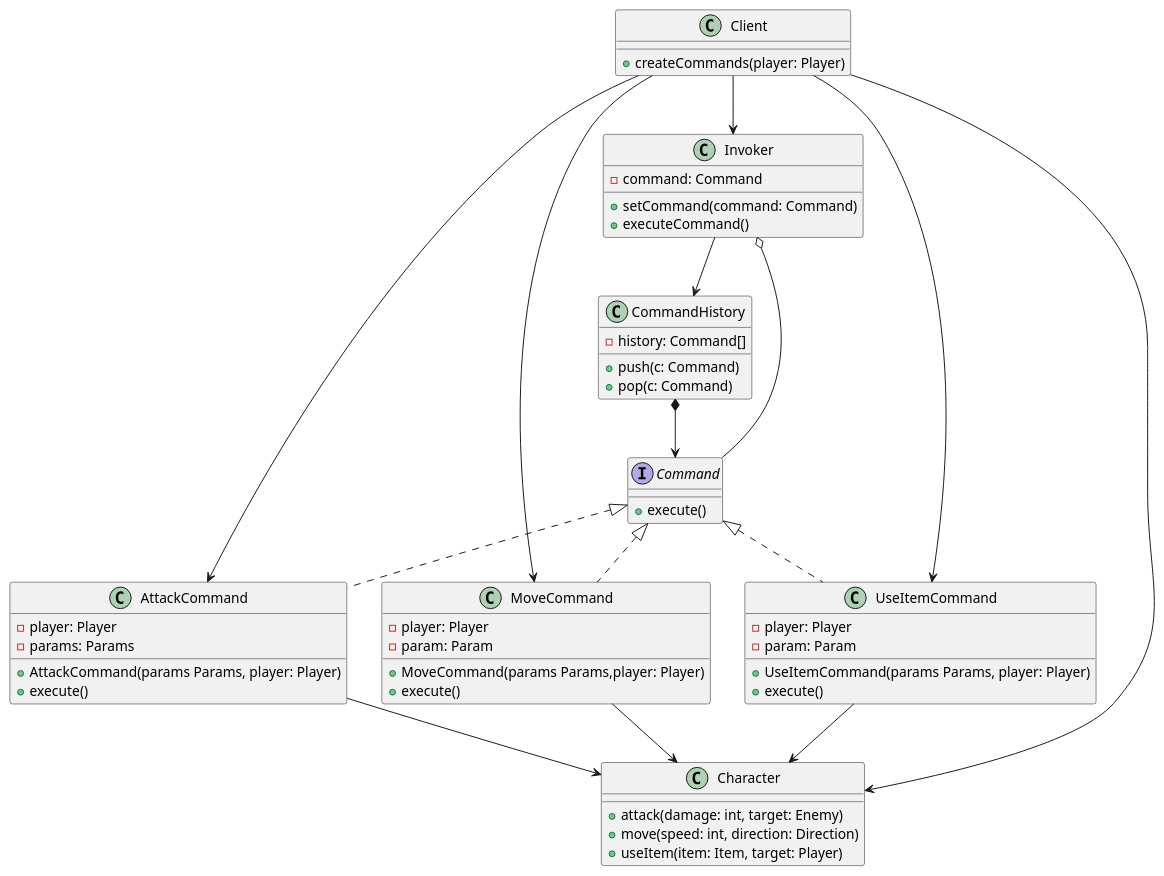
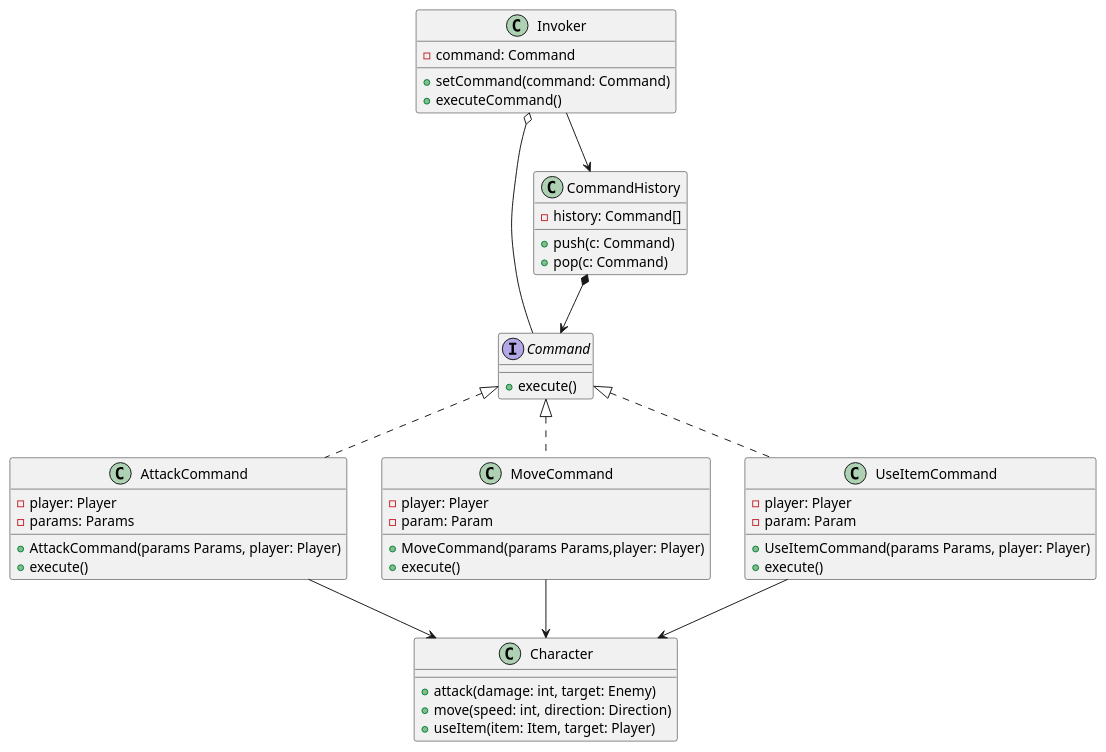
Before and after one commit to project-survivor/documentation: the diagram in UML/Command/player.command.plantuml, drawn with PlantUML. The commit also changed 11 other files, not shown here.

```diff
--- a/UML/Command/player.command.plantuml
+++ b/UML/Command/player.command.plantuml
@@ -1,63 +1,53 @@
 @startuml
 interface Command {
     + execute()
 }
 
 class AttackCommand implements Command {
     - player: Player
     - params: Params
     + AttackCommand(params Params, player: Player)
     + execute()
 }
 
 class MoveCommand implements Command {
     - player: Player
     - param: Param
     + MoveCommand(params Params,player: Player)
     + execute()
 }
 
 class UseItemCommand implements Command {
     - player: Player
     - param: Param
     + UseItemCommand(params Params, player: Player)
     + execute()
 }
 
 class Character {
     + attack(damage: int, target: Enemy)
     + move(speed: int, direction: Direction)
     + useItem(item: Item, target: Player)
 }
 
 class Invoker {
     - command: Command
     + setCommand(command: Command)
     + executeCommand()
 }
 
-class Client {
-    + createCommands(player: Player)
-}
-
 class CommandHistory {
     - history: Command[]
     + push(c: Command)
     + pop(c: Command)
 }
 
 Invoker o-- Command
 Invoker --> CommandHistory
 CommandHistory *--> Command
 
 AttackCommand --> Character
 MoveCommand --> Character
 UseItemCommand --> Character
 
-Client --> AttackCommand
-Client --> MoveCommand
-Client --> UseItemCommand
-Client --> Invoker
-Client --> Character
-
 @enduml
```
